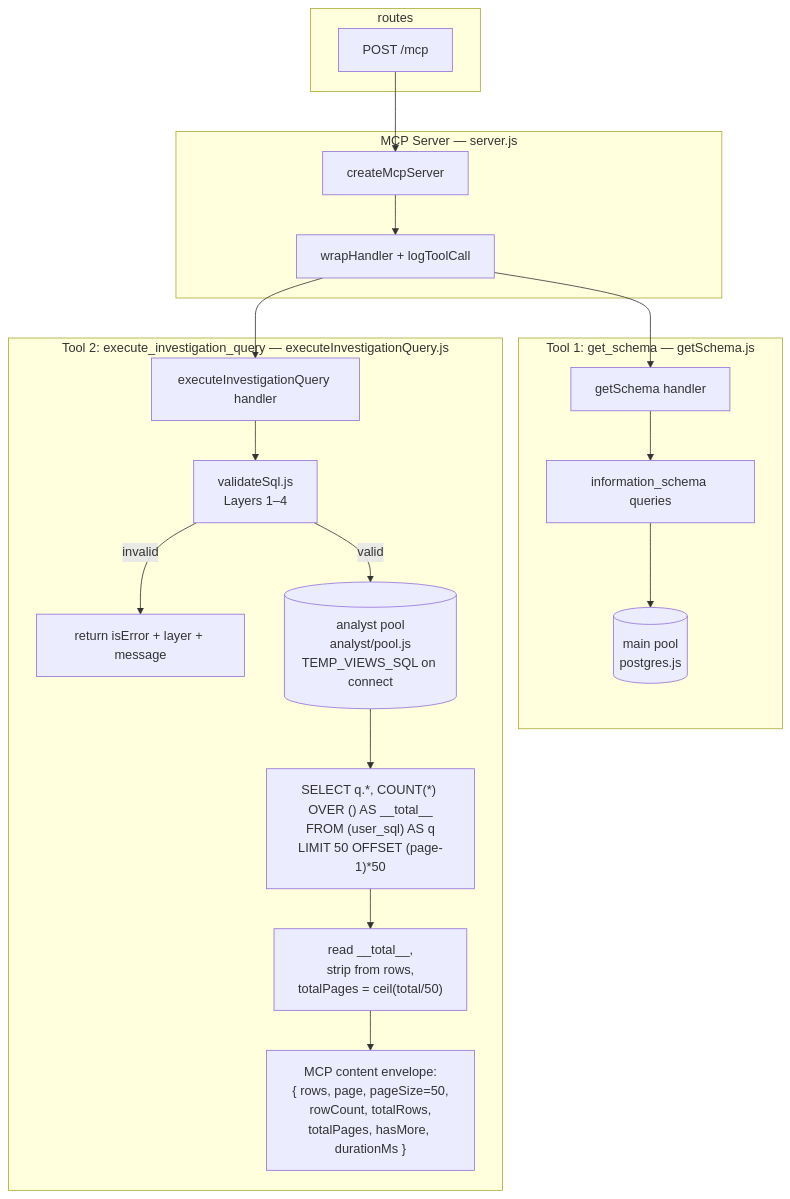
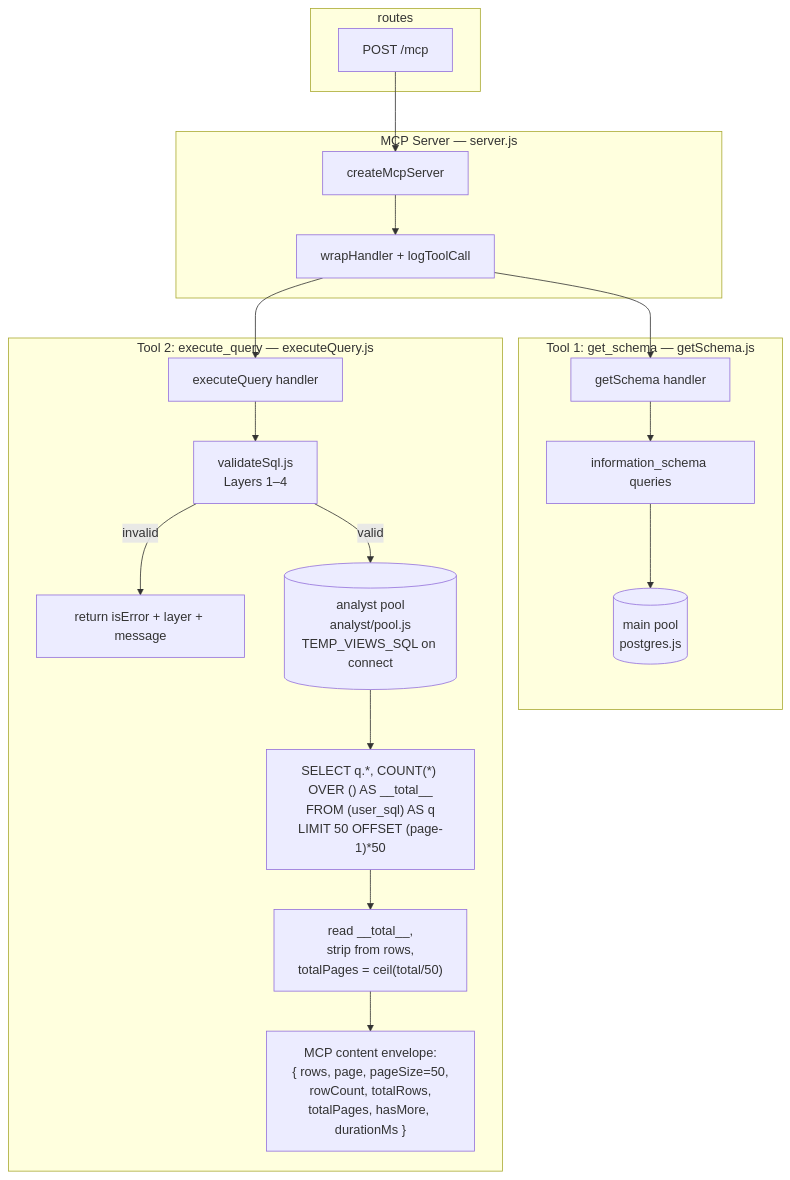
The first of 2 diagrams in docs/mcp-spec/mcp-proposal.md (Viespirkiu-grupe/viespirkiai), drawn with Mermaid before and after one commit. The commit also changed other lines of this file and 5 other files, not shown here.

Commit message:
execute_investigation_query renamed to execute_query

````diff
--- a/docs/mcp-spec/mcp-proposal.md
+++ b/docs/mcp-spec/mcp-proposal.md
@@ -950,27 +954,27 @@
 ```mermaid
 graph TD
     subgraph routes
         R[POST /mcp]
     end
 
     subgraph "MCP Server — server.js"
         R --> S[createMcpServer]
         S --> W[wrapHandler + logToolCall]
     end
 
     subgraph "Tool 1: get_schema — getSchema.js"
         W --> GS[getSchema handler]
         GS --> IS[information_schema queries]
         IS --> MP[(main pool\npostgres.js)]
     end
 
-subgraph "Tool 2: execute_investigation_query — executeInvestigationQuery.js"
-W --> EQ[executeInvestigationQuery handler]
+subgraph "Tool 2: execute_query — executeQuery.js"
+W --> EQ[executeQuery handler]
 EQ --> VS[validateSql.js\nLayers 1–4]
 VS -->|invalid|ER[return isError + layer + message]
 VS -->|valid|AP[(analyst pool\nanalyst/pool.js\nTEMP_VIEWS_SQL on connect)]
 AP --> EX["SELECT q.*, COUNT(*) OVER () AS __total__\nFROM (user_sql) AS q\nLIMIT 50 OFFSET (page-1)*50"]
 EX --> EXTRACT["read __total__,\nstrip from rows,\ntotalPages = ceil(total/50)"]
 EXTRACT --> RET["MCP content envelope:\n{ rows, page, pageSize=50,\nrowCount, totalRows,\ntotalPages, hasMore, durationMs }"]
 end
 ```
````
